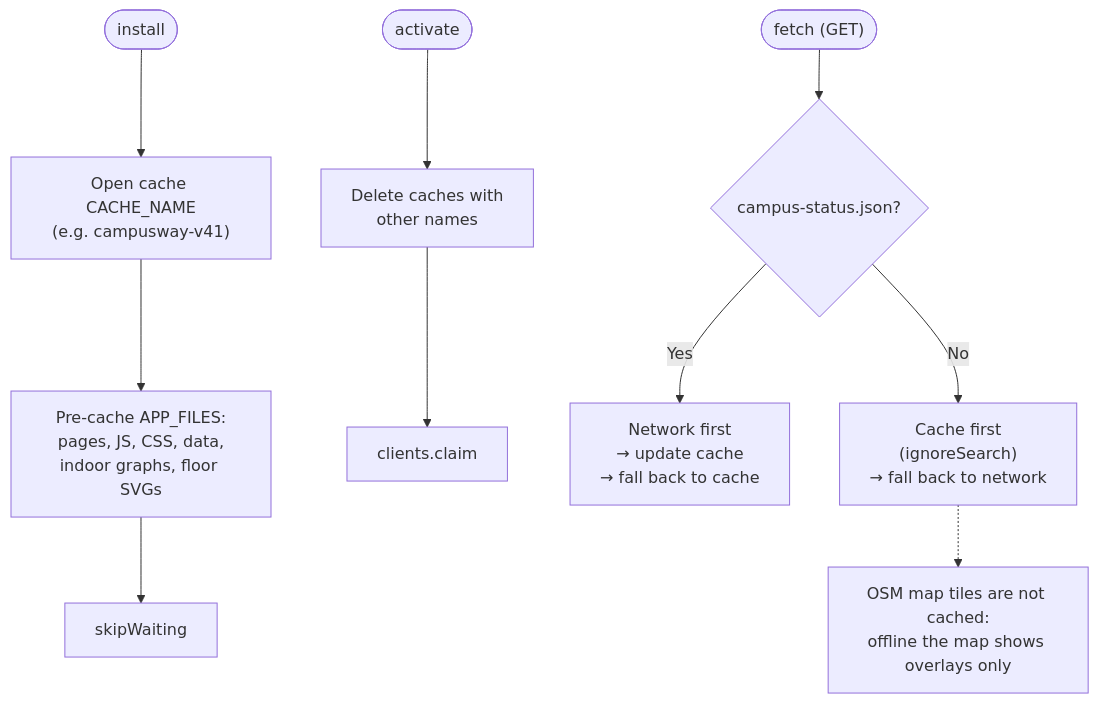
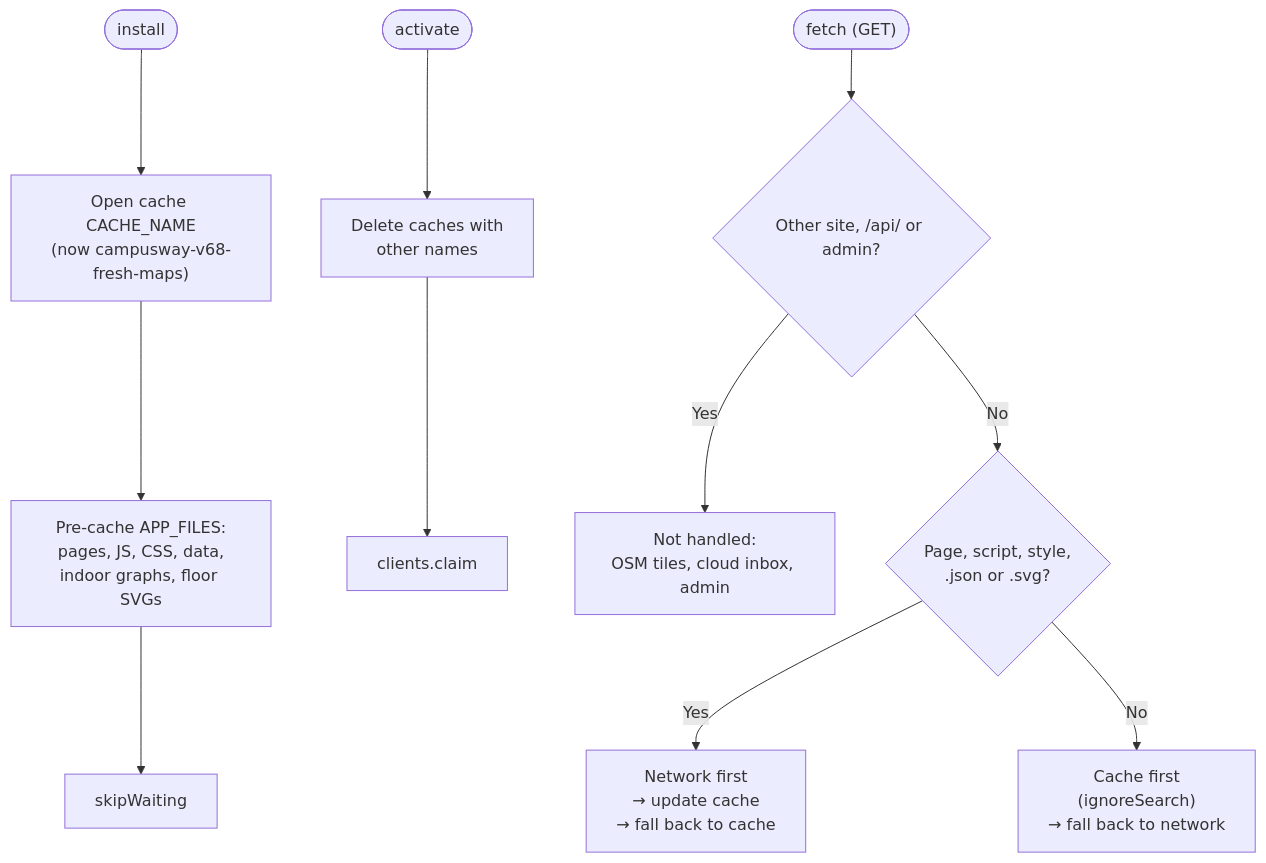
One commit to hadeel-hamodi/CampusWay changed the fourth of 4 diagrams in docs/05-architecture.md. Above: the diagram before and after it, drawn with Mermaid. The commit also changed other lines of this file and 79 other files, not shown here.

````diff
--- a/docs/05-architecture.md
+++ b/docs/05-architecture.md
@@ -260,11 +286,12 @@
 ```mermaid
 flowchart TD
-    I(["install"]) --> I1["Open cache CACHE_NAME<br/>(e.g. campusway-v41)"]
+    I(["install"]) --> I1["Open cache CACHE_NAME<br/>(now campusway-v68-fresh-maps)"]
     I1 --> I2["Pre-cache APP_FILES:<br/>pages, JS, CSS, data,<br/>indoor graphs, floor SVGs"]
     I2 --> I3[skipWaiting]
     A(["activate"]) --> A1[Delete caches with<br/>other names] --> A2[clients.claim]
-    F(["fetch (GET)"]) --> F1{campus-status.json?}
+    F(["fetch (GET)"]) --> F0{"Other site, /api/ or admin?"}
+    F0 -- Yes --> P["Not handled:<br/>OSM tiles, cloud inbox, admin"]
+    F0 -- No --> F1{"Page, script, style,<br/>.json or .svg?"}
     F1 -- Yes --> N1["Network first<br/>→ update cache<br/>→ fall back to cache"]
     F1 -- No --> C1["Cache first<br/>(ignoreSearch)<br/>→ fall back to network"]
-    C1 -.-> T["OSM map tiles are not cached:<br/>offline the map shows overlays only"]
 ```
````
